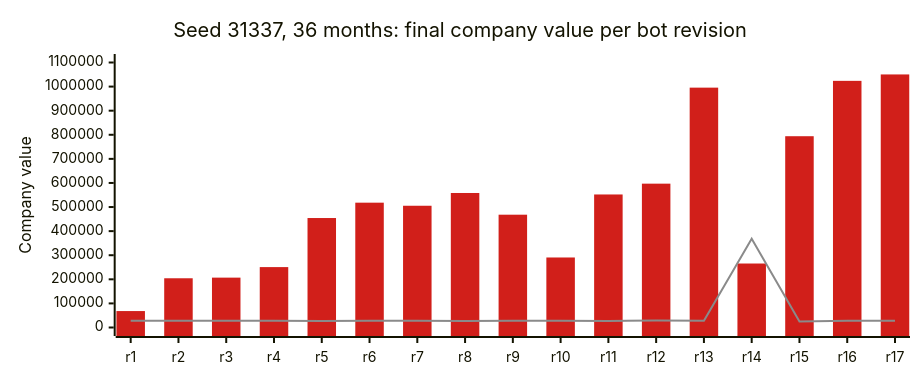
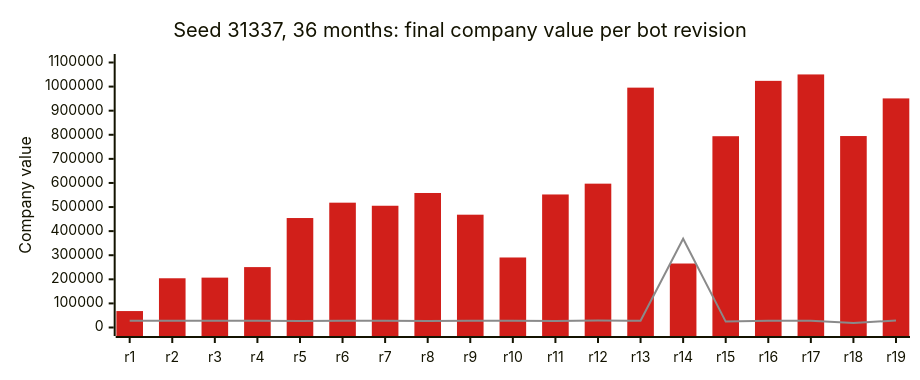
Before and after one commit to OpenTTD/OpenTTD: the first of 8 diagrams in README.md, drawn with Mermaid. The commit also changed other lines of this file and 13 other files, not shown here.

````diff
--- a/README.md
+++ b/README.md
@@ -64,17 +64,17 @@
 ```mermaid
 ---
 config:
   xyChart:
     width: 900
     height: 360
   themeVariables:
     xyChart:
       plotColorPalette: "#d11f1a, #8a8a8a"
 ---
 xychart-beta
     title "Seed 31337, 36 months: final company value per bot revision"
-    x-axis ["r1", "r2", "r3", "r4", "r5", "r6", "r7", "r8", "r9", "r10", "r11", "r12", "r13", "r14", "r15", "r16", "r17"]
+    x-axis ["r1", "r2", "r3", "r4", "r5", "r6", "r7", "r8", "r9", "r10", "r11", "r12", "r13", "r14", "r15", "r16", "r17", "r18", "r19"]
     y-axis "Company value" 0 --> 1100000
-    bar [68229, 204356, 206995, 250716, 454403, 518138, 505369, 558331, 468228, 290634, 552182, 597075, 995647, 265599, 794015, 1023810, 1050432]
-    line [28293, 28129, 27716, 27768, 27228, 27849, 27943, 27408, 28331, 27853, 27247, 29139, 27870, 368425, 24469, 28440, 28286]
+    bar [68229, 204356, 206995, 250716, 454403, 518138, 505369, 558331, 468228, 290634, 552182, 597075, 995647, 265599, 794015, 1023810, 1050432, 794737, 950946]
+    line [28293, 28129, 27716, 27768, 27228, 27849, 27943, 27408, 28331, 27853, 27247, 29139, 27870, 368425, 24469, 28440, 28286, 19132, 29102]
 ```
````
